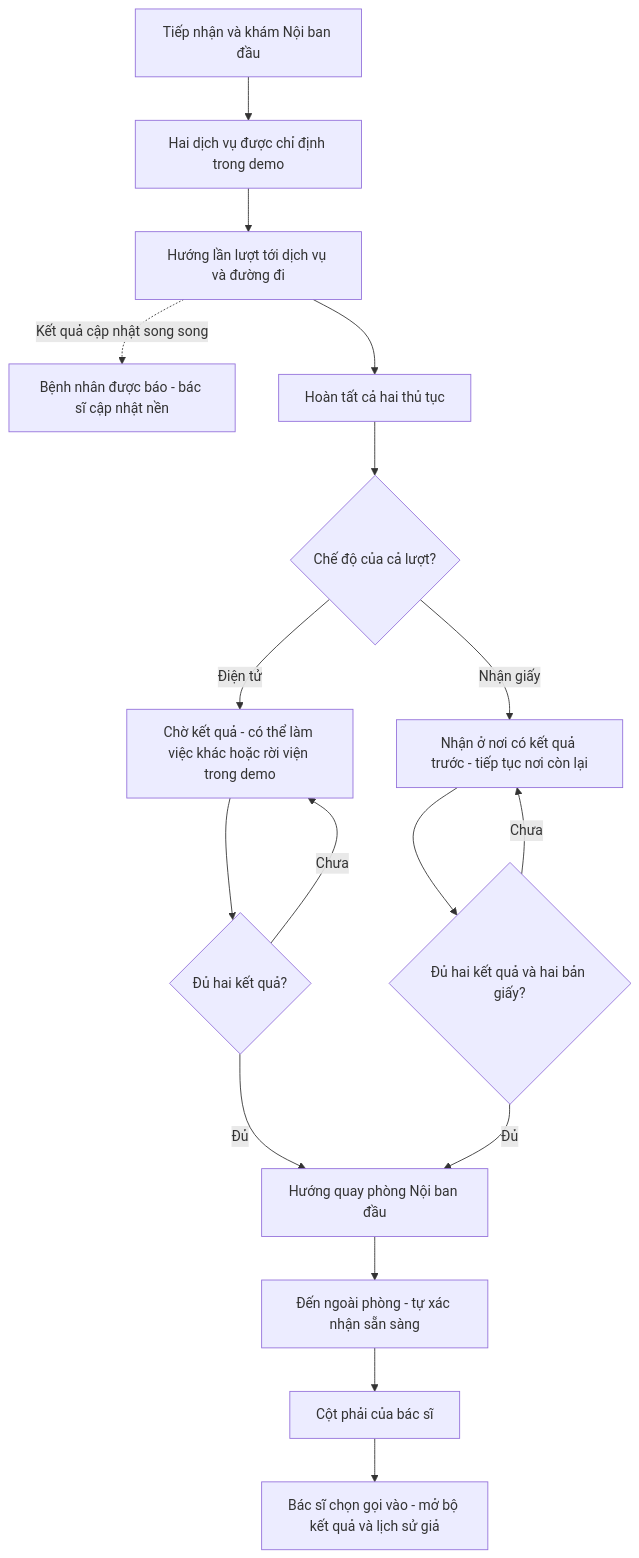
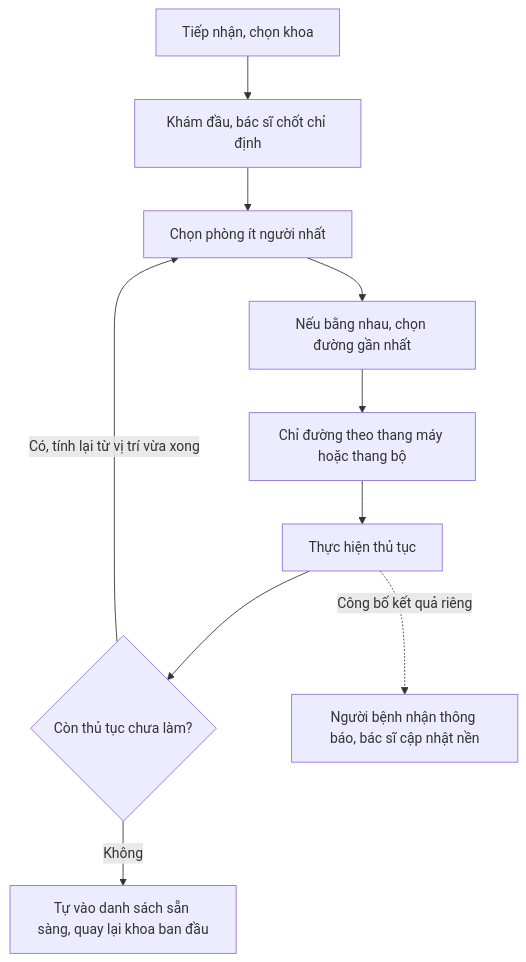
Before and after one commit to DuongDucMinh/1week_vinmec: the second of 2 diagrams in 02-journey-map/journey-map.md, drawn with Mermaid. The commit also changed other lines of this file and 15 other files, not shown here.

````diff
--- a/02-journey-map/journey-map.md
+++ b/02-journey-map/journey-map.md
@@ -100,19 +102,12 @@
 ```mermaid
 flowchart TD
-    R[Tiếp nhận và khám Nội ban đầu] --> O[Hai dịch vụ được chỉ định trong demo]
-    O --> P[Hướng lần lượt tới dịch vụ và đường đi]
-    P -. Kết quả cập nhật song song .-> K[Bệnh nhân được báo - bác sĩ cập nhật nền]
-    P --> X[Hoàn tất cả hai thủ tục]
-    X --> M{Chế độ của cả lượt?}
-    M -->|Điện tử| W[Chờ kết quả - có thể làm việc khác hoặc rời viện trong demo]
-    W --> G{Đủ hai kết quả?}
-    G -->|Chưa| W
-    G -->|Đủ| H[Hướng quay phòng Nội ban đầu]
-    M -->|Nhận giấy| C[Nhận ở nơi có kết quả trước - tiếp tục nơi còn lại]
-    C --> F{Đủ hai kết quả và hai bản giấy?}
-    F -->|Chưa| C
-    F -->|Đủ| H
-    H --> A[Đến ngoài phòng - tự xác nhận sẵn sàng]
-    A --> Q[Cột phải của bác sĩ]
-    Q --> D[Bác sĩ chọn gọi vào - mở bộ kết quả và lịch sử giả]
+    R[Tiếp nhận, chọn khoa] --> D[Khám đầu, bác sĩ chốt chỉ định]
+    D --> P[Chọn phòng ít người nhất]
+    P --> E[Nếu bằng nhau, chọn đường gần nhất]
+    E --> N[Chỉ đường theo thang máy hoặc thang bộ]
+    N --> S[Thực hiện thủ tục]
+    S --> C{Còn thủ tục chưa làm?}
+    C -->|Có, tính lại từ vị trí vừa xong| P
+    C -->|Không| B[Tự vào danh sách sẵn sàng, quay lại khoa ban đầu]
+    S -. Công bố kết quả riêng .-> K[Người bệnh nhận thông báo, bác sĩ cập nhật nền]
 ```
````
